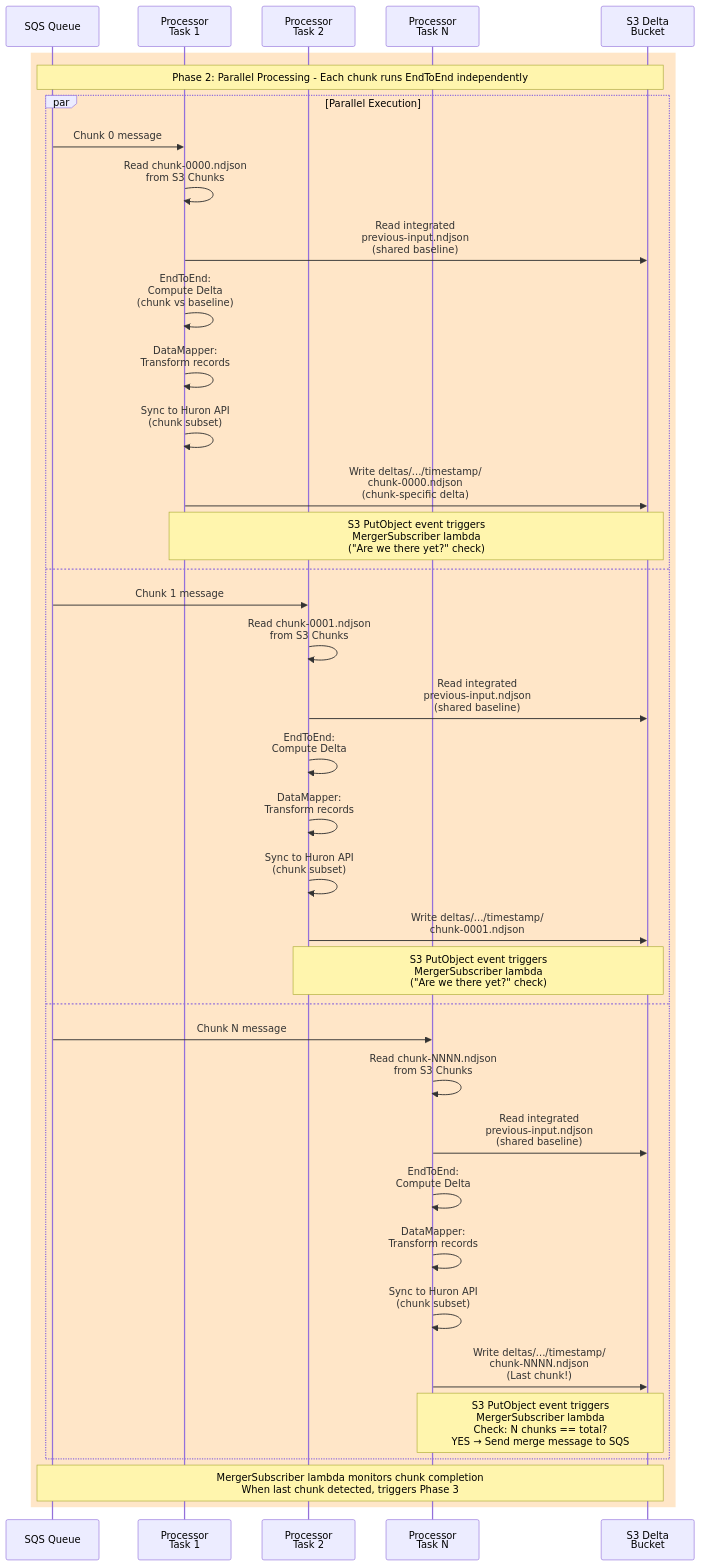
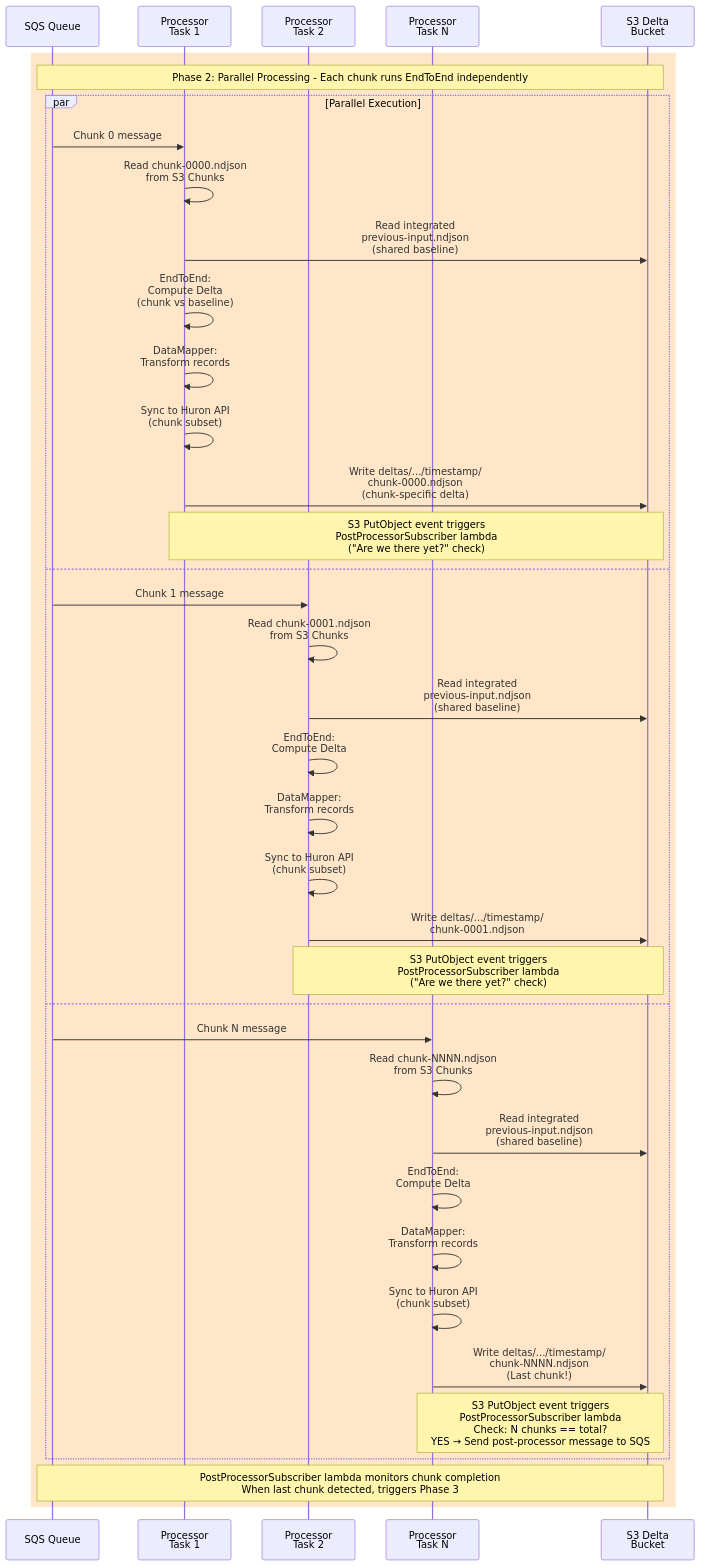
One commit to whennemuth/integration-huron-person changed the fourth of 5 diagrams in src/delta-strategy/merging/README.md. Above: the diagram before and after it, drawn with Mermaid. The commit also changed other lines of this file and 4 other files, not shown here.

First line of the commit message:
Refer to the merger pipeline phase as the post-processor

````diff
--- a/src/delta-strategy/merging/README.md
+++ b/src/delta-strategy/merging/README.md
@@ -134,43 +134,43 @@
 ```mermaid
 sequenceDiagram
     participant SQS as SQS Queue
     participant P1 as Processor<br/>Task 1
     participant P2 as Processor<br/>Task 2
     participant PN as Processor<br/>Task N
     participant S3Delta as S3 Delta<br/>Bucket
     
     rect rgb(255, 230, 200)
     Note over SQS,S3Delta: Phase 2: Parallel Processing - Each chunk runs EndToEnd independently
     
     par Parallel Execution
         SQS->>P1: Chunk 0 message
         P1->>P1: Read chunk-0000.ndjson<br/>from S3 Chunks
         P1->>S3Delta: Read integrated<br/>previous-input.ndjson<br/>(shared baseline)
         P1->>P1: EndToEnd:<br/>Compute Delta<br/>(chunk vs baseline)
         P1->>P1: DataMapper:<br/>Transform records
         P1->>P1: Sync to Huron API<br/>(chunk subset)
         P1->>S3Delta: Write deltas/.../timestamp/<br/>chunk-0000.ndjson<br/>(chunk-specific delta)
-        Note over P1,S3Delta: S3 PutObject event triggers<br/>MergerSubscriber lambda<br/>("Are we there yet?" check)
+        Note over P1,S3Delta: S3 PutObject event triggers<br/>PostProcessorSubscriber lambda<br/>("Are we there yet?" check)
     and
         SQS->>P2: Chunk 1 message
         P2->>P2: Read chunk-0001.ndjson<br/>from S3 Chunks
         P2->>S3Delta: Read integrated<br/>previous-input.ndjson<br/>(shared baseline)
         P2->>P2: EndToEnd:<br/>Compute Delta
         P2->>P2: DataMapper:<br/>Transform records
         P2->>P2: Sync to Huron API<br/>(chunk subset)
         P2->>S3Delta: Write deltas/.../timestamp/<br/>chunk-0001.ndjson
-        Note over P2,S3Delta: S3 PutObject event triggers<br/>MergerSubscriber lambda<br/>("Are we there yet?" check)
+        Note over P2,S3Delta: S3 PutObject event triggers<br/>PostProcessorSubscriber lambda<br/>("Are we there yet?" check)
     and
         SQS->>PN: Chunk N message
         PN->>PN: Read chunk-NNNN.ndjson<br/>from S3 Chunks
         PN->>S3Delta: Read integrated<br/>previous-input.ndjson<br/>(shared baseline)
         PN->>PN: EndToEnd:<br/>Compute Delta
         PN->>PN: DataMapper:<br/>Transform records
         PN->>PN: Sync to Huron API<br/>(chunk subset)
         PN->>S3Delta: Write deltas/.../timestamp/<br/>chunk-NNNN.ndjson<br/>(Last chunk!)
-        Note over PN,S3Delta: S3 PutObject event triggers<br/>MergerSubscriber lambda<br/>Check: N chunks == total?<br/>YES → Send merge message to SQS
+        Note over PN,S3Delta: S3 PutObject event triggers<br/>PostProcessorSubscriber lambda<br/>Check: N chunks == total?<br/>YES → Send post-processor message to SQS
     end
     
-    Note over SQS,S3Delta: MergerSubscriber lambda monitors chunk completion<br/>When last chunk detected, triggers Phase 3
+    Note over SQS,S3Delta: PostProcessorSubscriber lambda monitors chunk completion<br/>When last chunk detected, triggers Phase 3
     end
 ```
````
